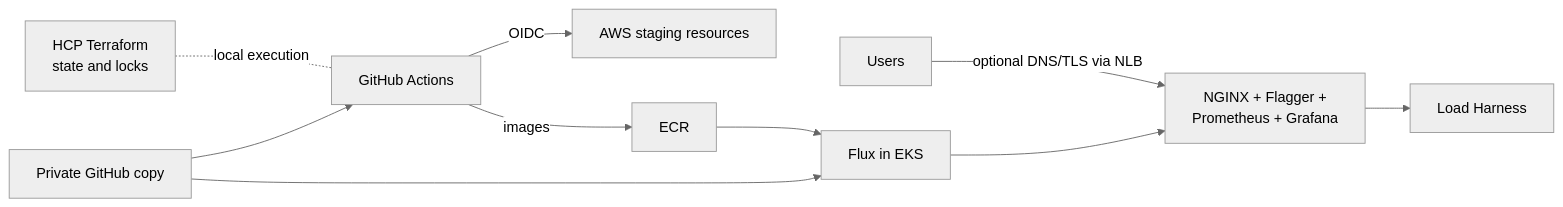
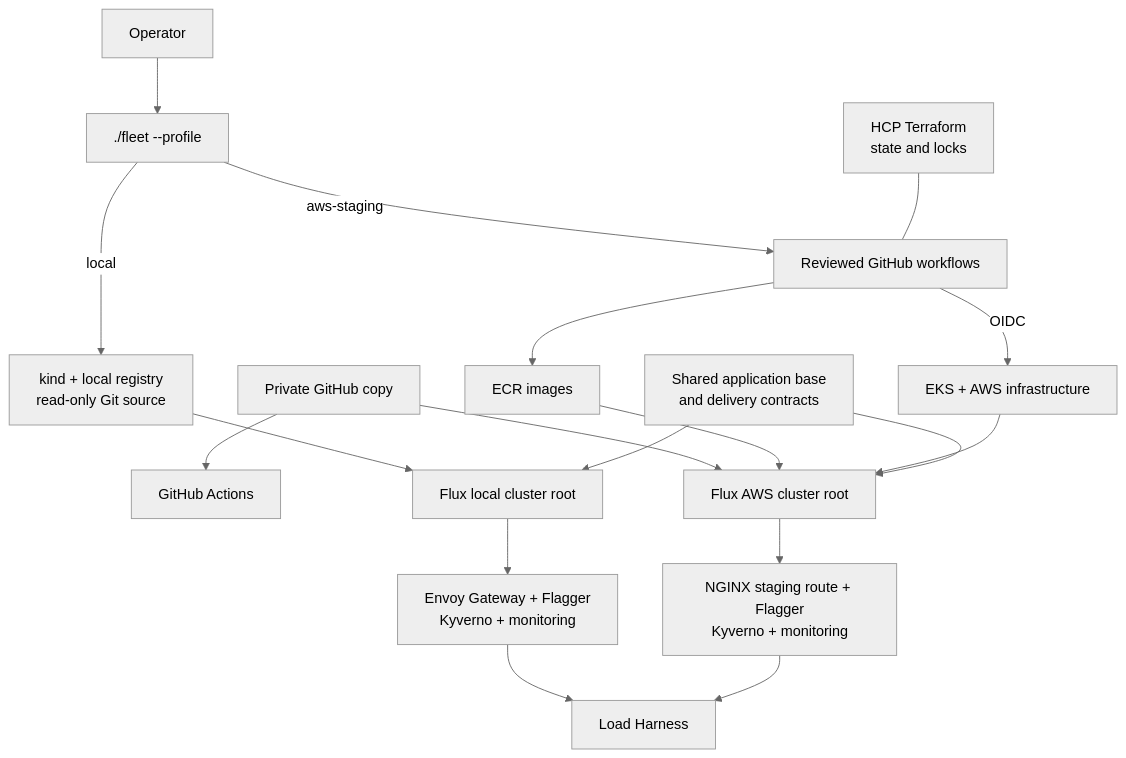
Before and after one commit to ImranAdan/infra-fleet-public: the diagram in README.md, drawn with Mermaid (neutral theme). The commit also changed other lines of this file and 3 other files, not shown here.

Commit message:
docs: explain profile-based GitOps operation

````diff
--- a/README.md
+++ b/README.md
@@ -134,12 +133,23 @@
 ```mermaid
-flowchart LR
-  GitHub[Private GitHub copy] --> CI[GitHub Actions]
-  CI -->|OIDC| AWS[AWS staging resources]
-  CI -->|images| ECR[ECR]
-  HCP[HCP Terraform<br/>state and locks] -. local execution .- CI
-  GitHub --> Flux[Flux in EKS]
-  ECR --> Flux
-  Flux --> Platform[NGINX + Flagger +<br/>Prometheus + Grafana]
-  Platform --> App[Load Harness]
-  Users[Users] -->|optional DNS/TLS via NLB| Platform
+flowchart TB
+  Operator[Operator] --> Facade[./fleet --profile]
+  Repo[Private GitHub copy] --> CI[GitHub Actions]
+
+  Facade -->|local| LocalBootstrap[kind + local registry<br/>read-only Git source]
+  LocalBootstrap --> LocalFlux[Flux local cluster root]
+  LocalFlux --> LocalPlatform[Envoy Gateway + Flagger<br/>Kyverno + monitoring]
+
+  Facade -->|aws-staging| Workflows[Reviewed GitHub workflows]
+  Workflows -->|OIDC| AWS[EKS + AWS infrastructure]
+  Workflows --> ECR[ECR images]
+  HCP[HCP Terraform<br/>state and locks] --- Workflows
+  Repo --> AWSFlux[Flux AWS cluster root]
+  ECR --> AWSFlux
+  AWS --> AWSFlux
+  AWSFlux --> AWSPlatform[NGINX staging route + Flagger<br/>Kyverno + monitoring]
+
+  Shared[Shared application base<br/>and delivery contracts] --> LocalFlux
+  Shared --> AWSFlux
+  LocalPlatform --> App[Load Harness]
+  AWSPlatform --> App
 ```
````
